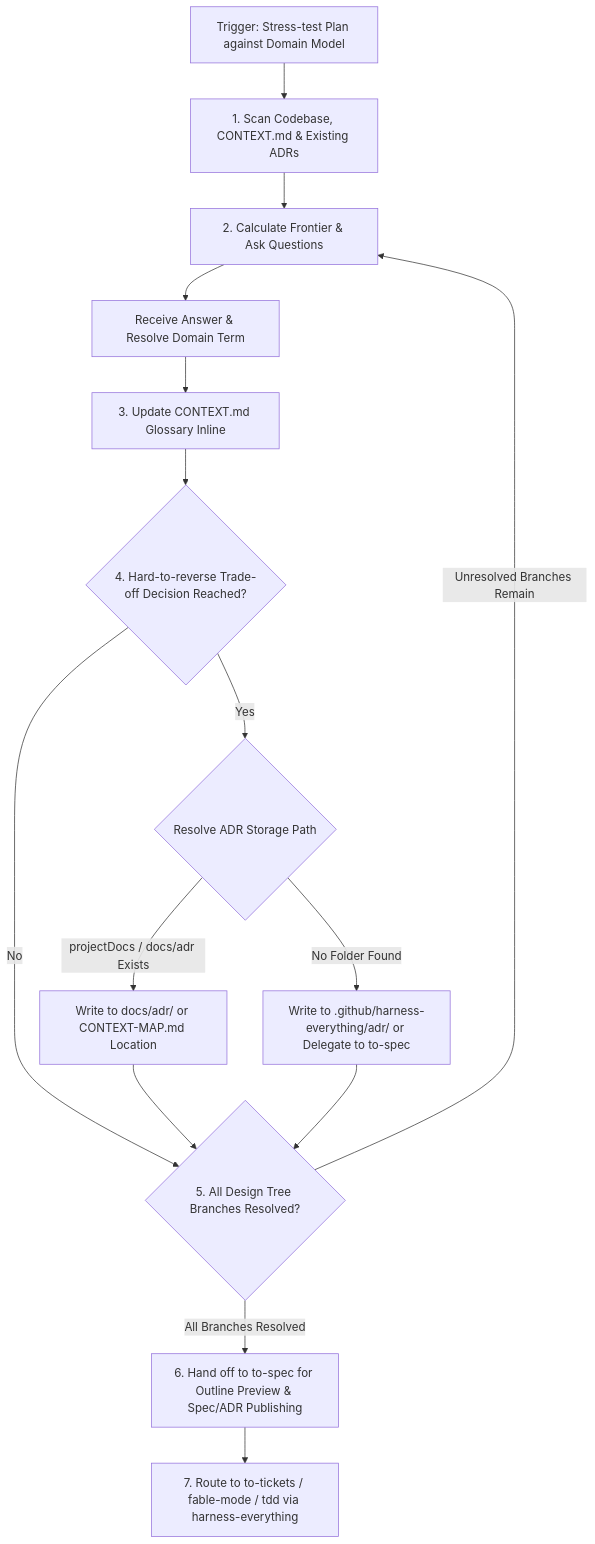
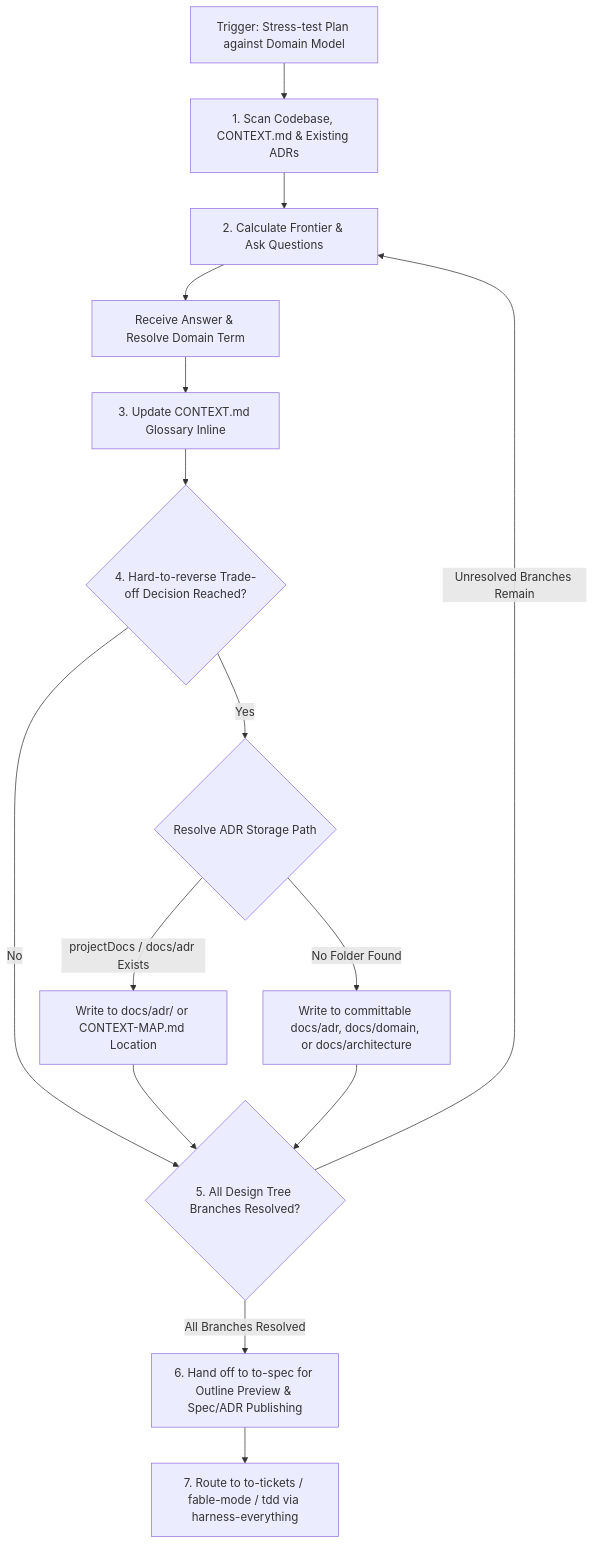
Before and after one commit to dyphn1/Harness-everything: the diagram in grill-with-docs/references/session-playbook.md, drawn with Mermaid. The commit also changed other lines of this file and 12 other files, not shown here.

````diff
--- a/grill-with-docs/references/session-playbook.md
+++ b/grill-with-docs/references/session-playbook.md
@@ -5,24 +5,24 @@
 ```mermaid
 flowchart TD
     Start[Trigger: Stress-test Plan against Domain Model] --> Scan[1. Scan Codebase, CONTEXT.md & Existing ADRs]
     Scan --> Frontier[2. Calculate Frontier & Ask Questions]
 
     Frontier --> Answer[Receive Answer & Resolve Domain Term]
     Answer --> UpdateGlossary[3. Update CONTEXT.md Glossary Inline]
 
     UpdateGlossary --> CheckADR{4. Hard-to-reverse Trade-off Decision Reached?}
 
     CheckADR -- Yes --> ResolvePath{Resolve ADR Storage Path}
     CheckADR -- No --> CheckMore
 
     ResolvePath -- projectDocs / docs/adr Exists --> WriteMain[Write to docs/adr/ or CONTEXT-MAP.md Location]
-    ResolvePath -- No Folder Found --> WritePlatform[Write to .github/harness-everything/adr/ or Delegate to to-spec]
+    ResolvePath -- No Folder Found --> WriteFallback[Write to committable docs/adr, docs/domain, or docs/architecture]
 
     WriteMain --> CheckMore{5. All Design Tree Branches Resolved?}
-    WritePlatform --> CheckMore
+    WriteFallback --> CheckMore
 
     CheckMore -- Unresolved Branches Remain --> Frontier
     CheckMore -- All Branches Resolved --> ToSpec[6. Hand off to to-spec for Outline Preview & Spec/ADR Publishing]
 
     ToSpec --> Execution[7. Route to to-tickets / fable-mode / tdd via harness-everything]
 ```
````
